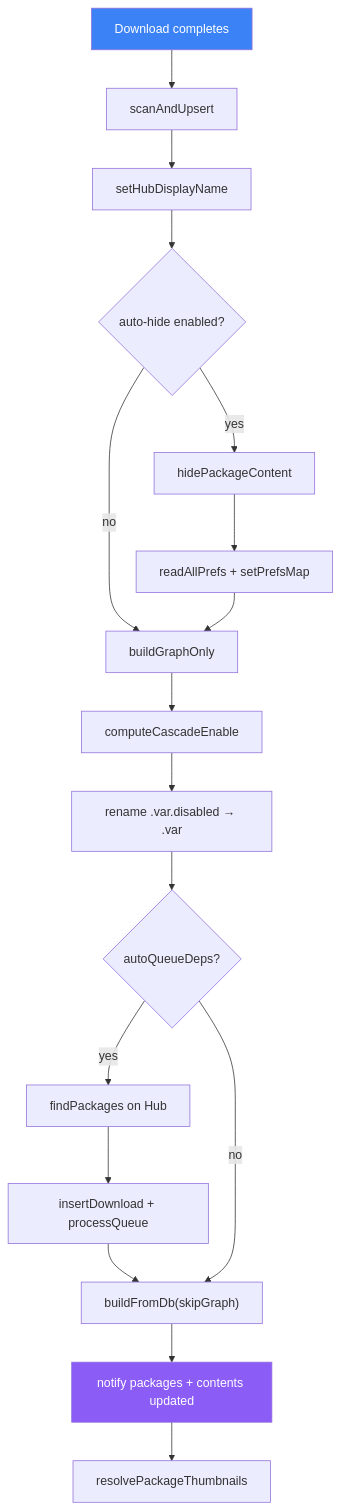
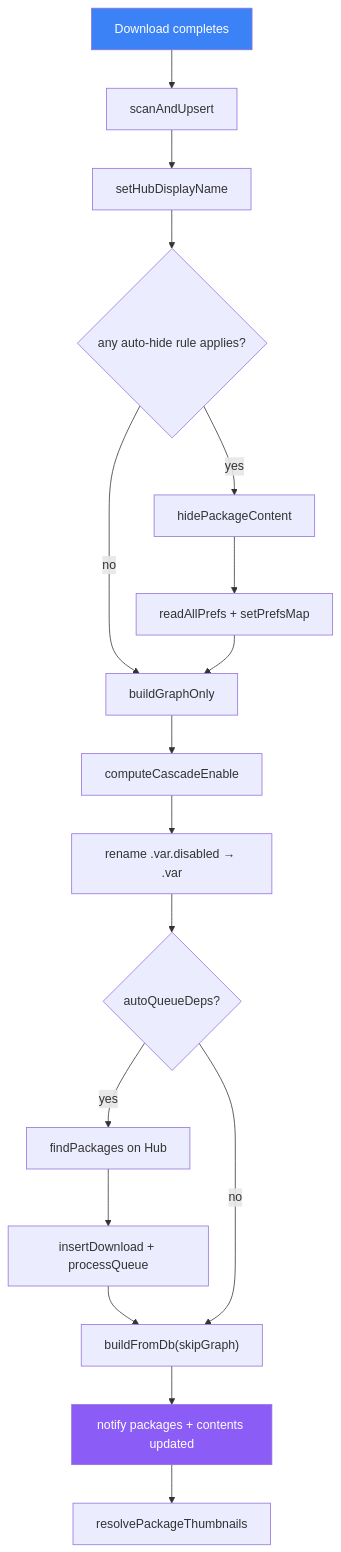
One commit to cyberpunk2073/vam-backstage changed the fourth of 4 diagrams in docs/Implementation.md. Above: the diagram before and after it, drawn with Mermaid. The commit also changed other lines of this file and 8 other files, not shown here.

Commit message:
auto hide toggles

````diff
--- a/docs/Implementation.md
+++ b/docs/Implementation.md
@@ -1048,22 +1049,22 @@
 ```mermaid
 flowchart TD
     DL[Download completes] --> SCAN[scanAndUpsert]
     SCAN --> HUB[setHubDisplayName]
-    HUB --> HIDE{auto-hide enabled?}
+    HUB --> HIDE{any auto-hide rule applies?}
     HIDE -- yes --> SIDECAR[hidePackageContent]
     HIDE -- no --> GRAPH
     SIDECAR --> PREFS[readAllPrefs + setPrefsMap]
     PREFS --> GRAPH[buildGraphOnly]
     GRAPH --> CASCADE[computeCascadeEnable]
     CASCADE --> RENAME[rename .var.disabled → .var]
     RENAME --> QDEPS{autoQueueDeps?}
     QDEPS -- yes --> FIND[findPackages on Hub]
     FIND --> INSERT[insertDownload + processQueue]
     INSERT --> REBUILD
     QDEPS -- no --> REBUILD["buildFromDb(skipGraph)"]
     REBUILD --> NOTIFY[notify packages + contents updated]
     NOTIFY --> THUMB[resolvePackageThumbnails]
 
     style DL fill:#3b82f6,color:#fff
     style NOTIFY fill:#8b5cf6,color:#fff
 ```
````
